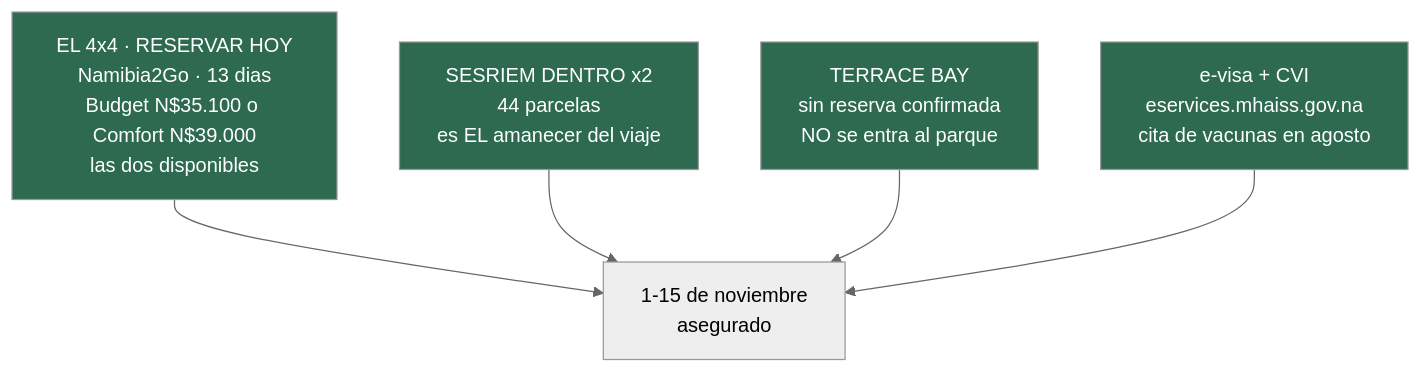
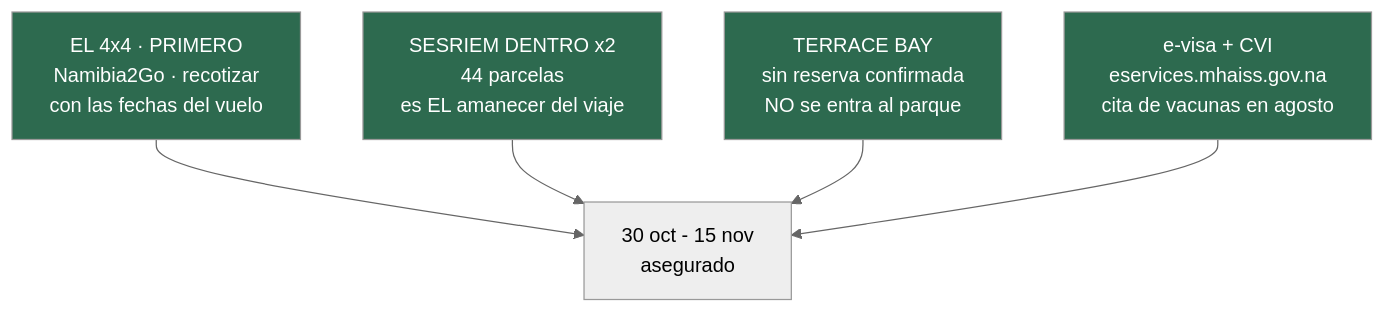
One commit to morandeirachema/namibia changed the fourth of 6 diagrams in README.md. Above: the diagram before and after it, drawn with Mermaid (neutral theme). The commit also changed other lines of this file and 7 other files, not shown here.

First line of the commit message:
Ruta y fechas CONFIRMADAS, y el README pasa a ser el estado vivo del viaje

````diff
--- a/README.md
+++ b/README.md
@@ -291,15 +339,15 @@
 ```mermaid
 flowchart TD
-    A["EL 4x4 · RESERVAR HOY<br/>Namibia2Go · 13 dias<br/>Budget N$35.100 o Comfort N$39.000<br/>las dos disponibles"]
+    A["EL 4x4 · PRIMERO<br/>Namibia2Go · recotizar<br/>con las fechas del vuelo"]
     B["SESRIEM DENTRO x2<br/>44 parcelas<br/>es EL amanecer del viaje"]
     C["TERRACE BAY<br/>sin reserva confirmada<br/>NO se entra al parque"]
     D["e-visa + CVI<br/>eservices.mhaiss.gov.na<br/>cita de vacunas en agosto"]
-    A --> E["1-15 de noviembre<br/>asegurado"]
+    A --> E["30 oct - 15 nov<br/>asegurado"]
     B --> E
     C --> E
     D --> E
     style A fill:#2d6a4f,color:#fff
     style B fill:#2d6a4f,color:#fff
     style C fill:#2d6a4f,color:#fff
     style D fill:#2d6a4f,color:#fff
 ```
````
